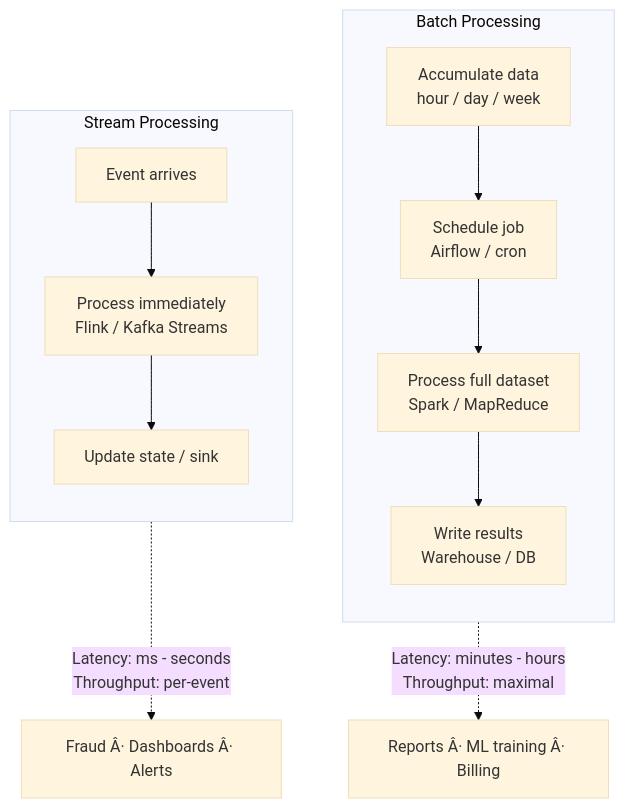
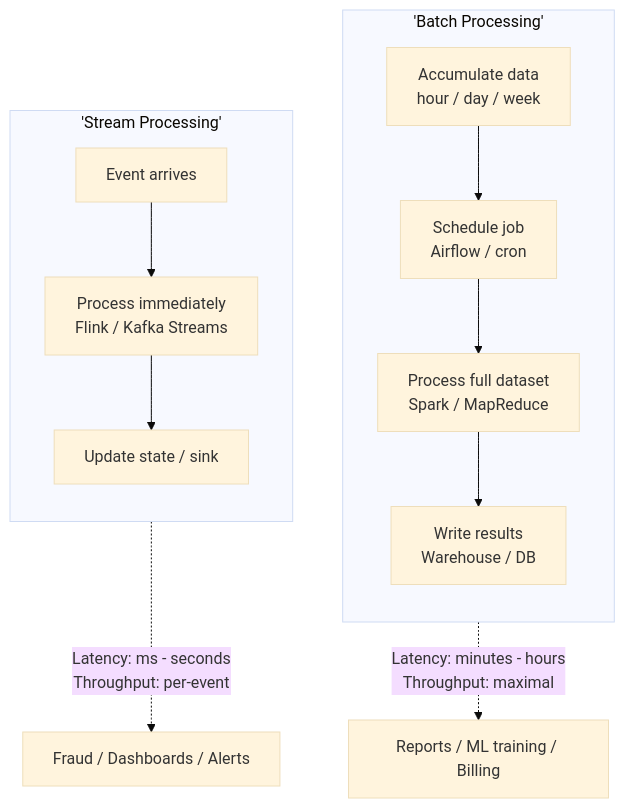
The second of 3 diagrams in 15-big-data/README.md (hareramcse/SystemDesign), drawn with Mermaid (base theme) before and after one commit. The commit also changed other lines of this file and 14 other files, not shown here.

````diff
--- a/15-big-data/README.md
+++ b/15-big-data/README.md
@@ -64,20 +64,20 @@
 ```mermaid
 flowchart TB
-    subgraph Batch["Batch Processing"]
+    subgraph Batch['Batch Processing']
         direction TB
-        S1[Accumulate data\nhour / day / week]
-        S2[Schedule job\nAirflow / cron]
-        S3[Process full dataset\nSpark / MapReduce]
-        S4[Write results\nWarehouse / DB]
+        S1["Accumulate data\nhour / day / week"]
+        S2["Schedule job\nAirflow / cron"]
+        S3["Process full dataset\nSpark / MapReduce"]
+        S4["Write results\nWarehouse / DB"]
         S1 --> S2 --> S3 --> S4
     end
-    subgraph Stream["Stream Processing"]
+    subgraph Stream['Stream Processing']
         direction TB
         E1[Event arrives]
-        E2[Process immediately\nFlink / Kafka Streams]
+        E2["Process immediately\nFlink / Kafka Streams"]
         E3[Update state / sink]
         E1 --> E2 --> E3
     end
-    Batch -.->|Latency: minutes - hours\nThroughput: maximal| KPI1[Reports Â· ML training Â· Billing]
-    Stream -.->|Latency: ms - seconds\nThroughput: per-event| KPI2[Fraud Â· Dashboards Â· Alerts]
+    Batch -.->|Latency: minutes - hours\nThroughput: maximal| KPI1[Reports / ML training / Billing]
+    Stream -.->|Latency: ms - seconds\nThroughput: per-event| KPI2[Fraud / Dashboards / Alerts]
 ```
````
